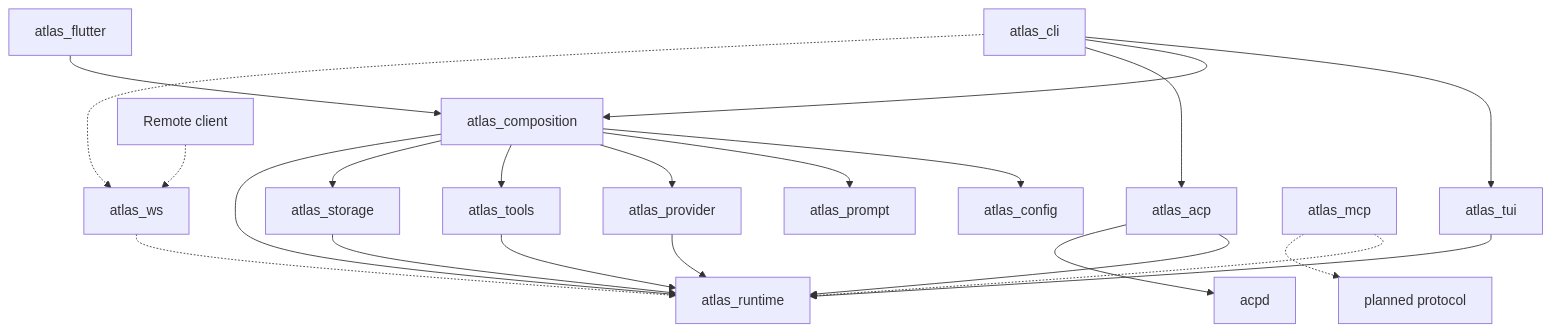
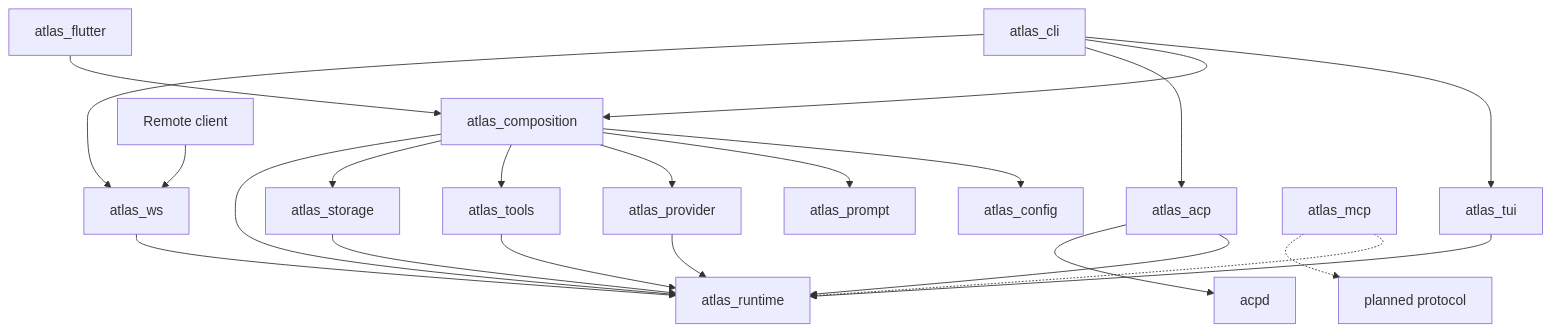
The diagram in docs/architecture.md (gvenusleo/Atlas), drawn with Mermaid before and after one commit. The commit also changed other lines of this file and 7 other files, not shown here.

````diff
--- a/docs/architecture.md
+++ b/docs/architecture.md
@@ -18,24 +19,24 @@
 ```mermaid
 graph TD
     CLI[atlas_cli] --> TUI[atlas_tui]
     CLI --> COMP[atlas_composition]
     CLI --> ACP[atlas_acp]
-    CLI -.-> WS[atlas_ws]
+    CLI --> WS[atlas_ws]
     FL[atlas_flutter] --> COMP
     COMP --> CONFIG[atlas_config]
     COMP --> PROMPT[atlas_prompt]
     COMP --> PROVIDER[atlas_provider]
     COMP --> TOOLS[atlas_tools]
     COMP --> STORAGE[atlas_storage]
     COMP --> RT[atlas_runtime]
     TUI --> RT
     ACP --> RT
-    REMOTE[Remote client] -.-> WS
-    WS -.-> RT
+    REMOTE[Remote client] --> WS
+    WS --> RT
     MCP[atlas_mcp] -.-> RT
     PROVIDER --> RT
     TOOLS --> RT
     STORAGE --> RT
     ACP --> ACPD[acpd]
 MCP -.-> JRPC[planned protocol]
 ```
````
